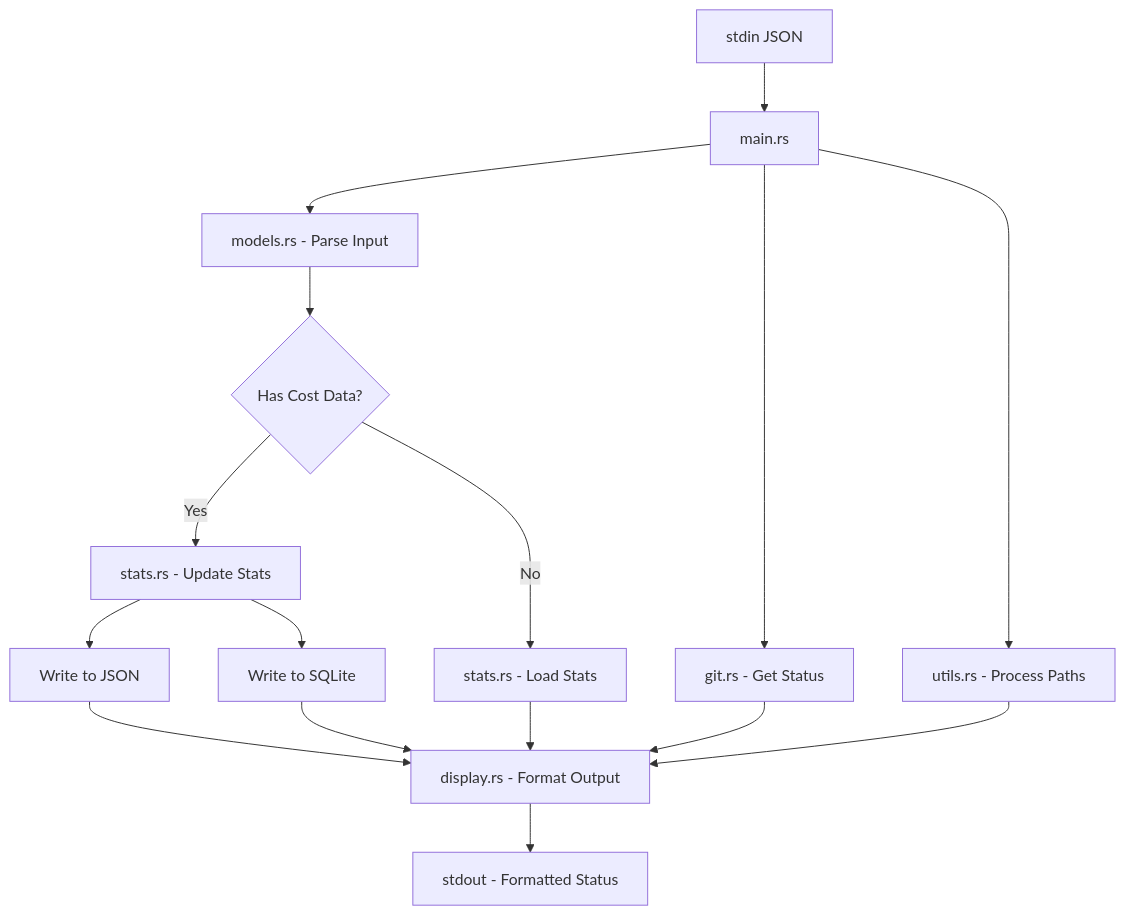
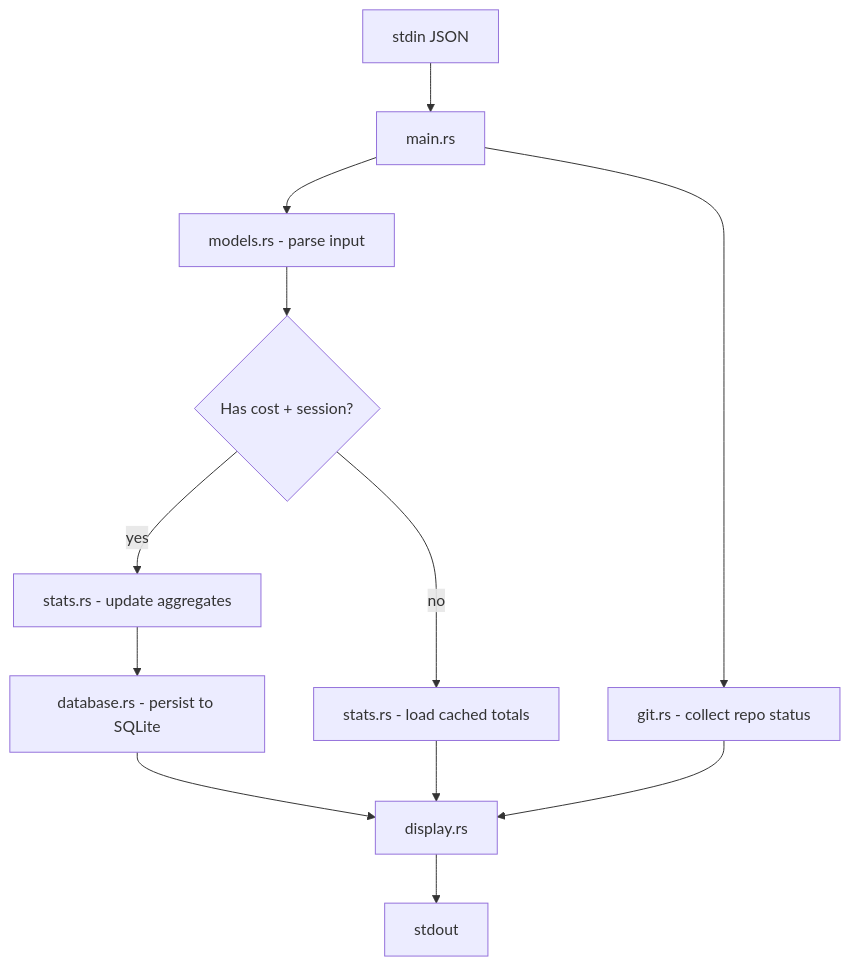
One commit to hagan/claudia-statusline changed the diagram in ARCHITECTURE.md. Above: the diagram before and after it, drawn with Mermaid. The commit also changed other lines of this file and 12 other files, not shown here.

````diff
--- a/ARCHITECTURE.md
+++ b/ARCHITECTURE.md
@@ -141,18 +26,14 @@
 ```mermaid
 graph TD
     A[stdin JSON] --> B[main.rs]
-    B --> C[models.rs - Parse Input]
-    C --> D{Has Cost Data?}
-    D -->|Yes| E[stats.rs - Update Stats]
-    E --> E1[Write to JSON]
-    E --> E2[Write to SQLite]
-    D -->|No| F[stats.rs - Load Stats]
-    B --> G[git.rs - Get Status]
-    B --> H[utils.rs - Process Paths]
-    E1 --> I[display.rs - Format Output]
-    E2 --> I
-    F --> I
-    G --> I
+    B --> C[models.rs - parse input]
+    B --> D[git.rs - collect repo status]
+    C --> E{Has cost + session?}
+    E -->|yes| F[stats.rs - update aggregates]
+    F --> G[database.rs - persist to SQLite]
+    E -->|no| H[stats.rs - load cached totals]
+    G --> I[display.rs]
     H --> I
-    I --> J[stdout - Formatted Status]
+    D --> I
+    I --> J[stdout]
 ```
````
